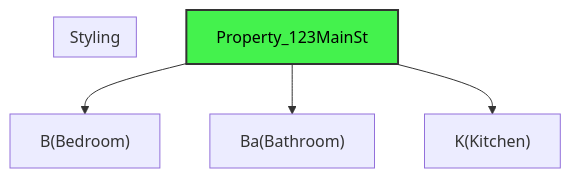
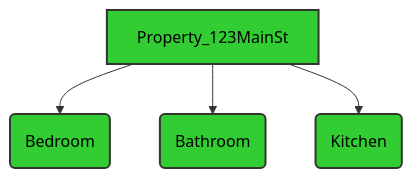
The fourth of 4 diagrams in docs/3_advanced_tutorial.md (ikko/sym), drawn with Mermaid before and after one commit. The commit also changed other lines of this file and 15 other files, not shown here.

Commit message:
inbetween cleaning examples and recolor mermaids

````diff
--- a/docs/3_advanced_tutorial.md
+++ b/docs/3_advanced_tutorial.md
@@ -190,11 +249,11 @@
 ```mermaid
 graph TD
-    P[Property_123MainSt] --> B&#40Bedroom&#41
-    P --> Ba&#40Bathroom&#41
-    P --> K&#40Kitchen&#41
+    P[Property_123MainSt] --> B(Bedroom)
+    P --> Ba(Bathroom)
+    P --> K(Kitchen)
 
-    subgraph "Styling"
-    end
-
-    style P fill:#44f24d,stroke:#333,stroke-width:2px,color:#000000;
+    style P fill:#32CD32,stroke:#333,stroke-width:2px,color:#000000;
+    style B fill:#32CD32,stroke:#333,stroke-width:2px,color:#000000;
+    style Ba fill:#32CD32,stroke:#333,stroke-width:2px,color:#000000;
+    style K fill:#32CD32,stroke:#333,stroke-width:2px,color:#000000;
 ```
````
